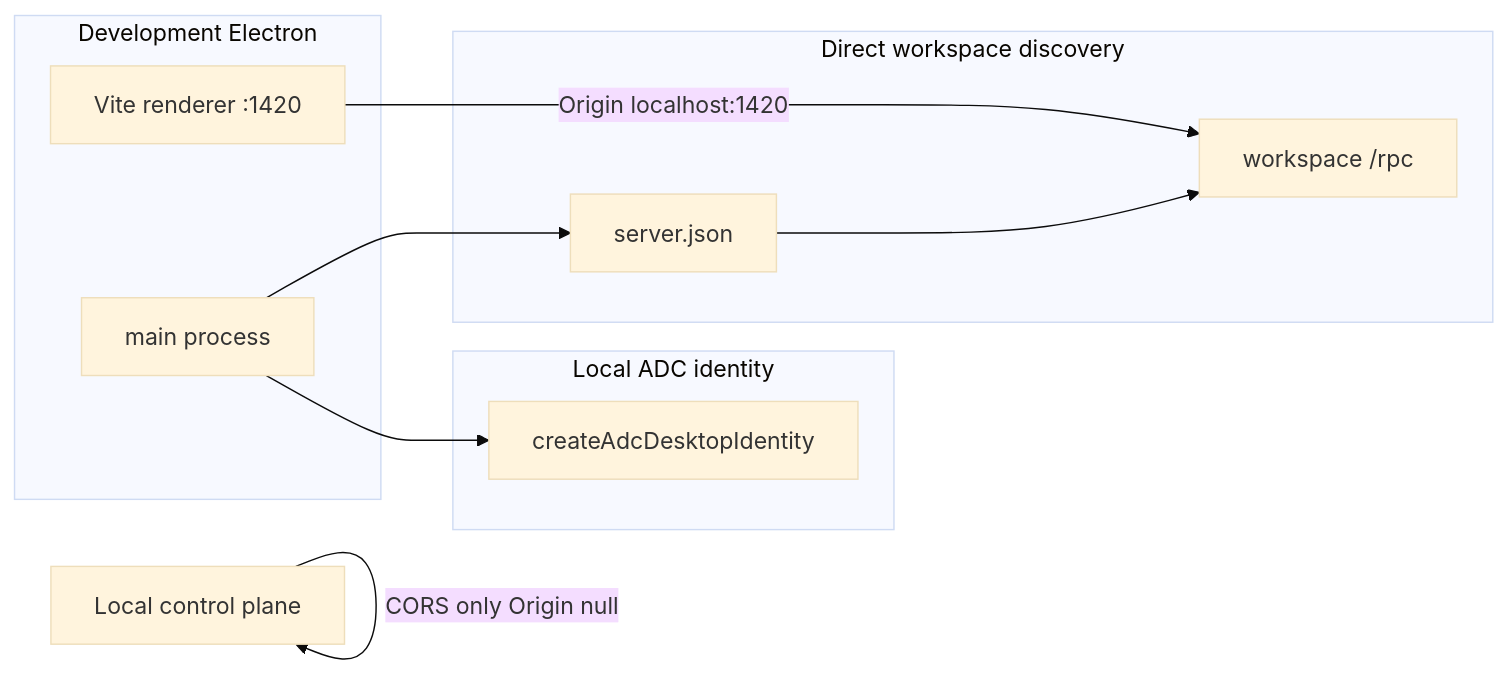
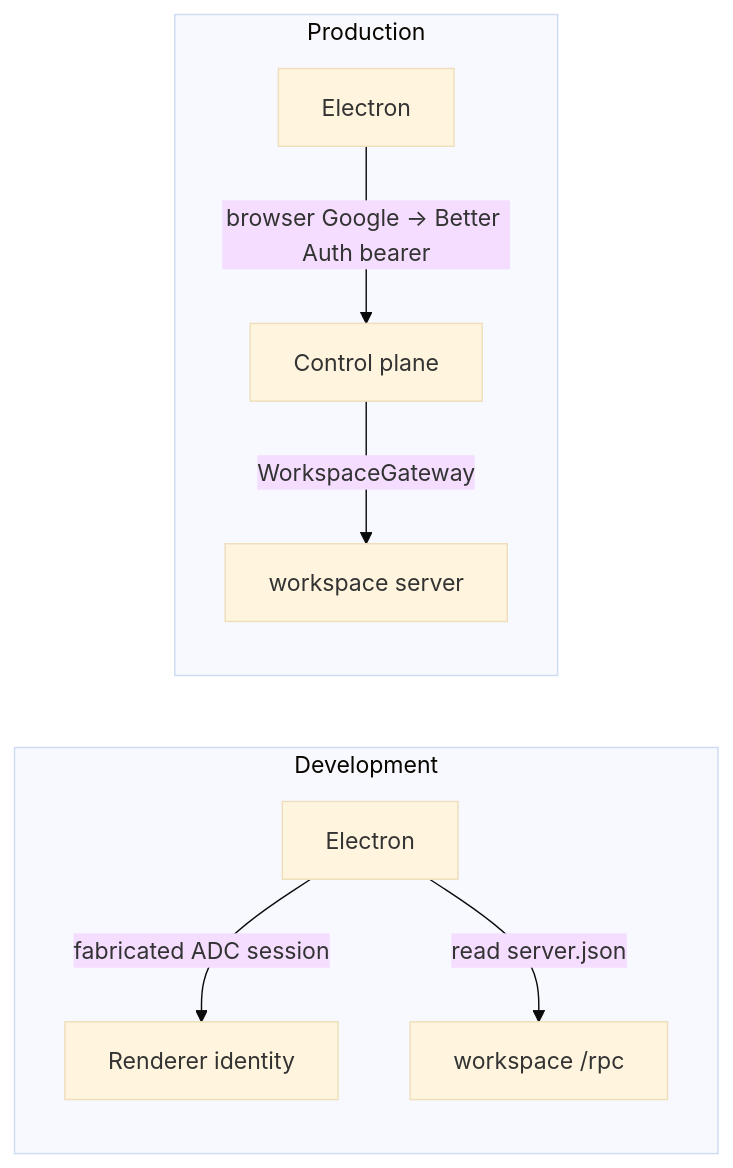
One commit to cashew-labs/halo changed the first of 2 diagrams in specs/dev-electron-control-plane.md. Above: the diagram before and after it, drawn with Mermaid (base theme). The commit also changed other lines of this file, not shown here.

First line of the commit message:
Narrow the spec to routing development Electron through the control plane.

````diff
--- a/specs/dev-electron-control-plane.md
+++ b/specs/dev-electron-control-plane.md
@@ -7,24 +7,17 @@
 ```mermaid
 flowchart LR
-  subgraph electron [Development Electron]
-    Main[main process]
-    Vite[Vite renderer :1420]
+  subgraph dev [Development]
+    E1[Electron]
+    E1 -->|"fabricated ADC session"| UI1[Renderer identity]
+    E1 -->|"read server.json"| W1["workspace /rpc"]
   end
-  subgraph identity [Local ADC identity]
-    Adc[createAdcDesktopIdentity]
+  subgraph prod [Production]
+    E2[Electron]
+    E2 -->|"browser Google → Better Auth bearer"| CP2[Control plane]
+    CP2 -->|"WorkspaceGateway"| W2[workspace server]
   end
-  subgraph discovery [Direct workspace discovery]
-    ServerJson[server.json]
-    Ws["workspace /rpc"]
-  end
-  Cp[Local control plane]
-  Main --> Adc
-  Main --> ServerJson
-  Vite -->|"Origin localhost:1420"| Ws
-  ServerJson --> Ws
-  Cp -->|"CORS only Origin null"| Cp
-  %% ref node:Main [[apps/electron/src/main/main.ts#createDesktopAuthentication]]
-  %% ref node:Adc [[apps/electron/src/main/auth/createAdcDesktopIdentity.ts#createAdcDesktopIdentity]]
-  %% ref node:ServerJson [[apps/electron/src/main/DesktopAuthentication.ts#createLocalDesktopAuthentication]]
-  %% ref node:Cp [[apps/control-plane/src/server/ControlPlane.ts#ControlPlane.start]]
+  %% ref node:E1 [[apps/electron/src/main/main.ts#createDesktopAuthentication]]
+  %% ref node:W1 [[apps/electron/src/main/DesktopAuthentication.ts#createLocalDesktopAuthentication]]
+  %% ref node:E2 [[apps/electron/src/main/auth/ControlPlaneAuth.ts#ControlPlaneAuth.getWorkspaceConnection]]
+  %% ref node:CP2 [[apps/control-plane/src/workspace/proxy.ts#WorkspaceGateway.serve]]
 ```
````
